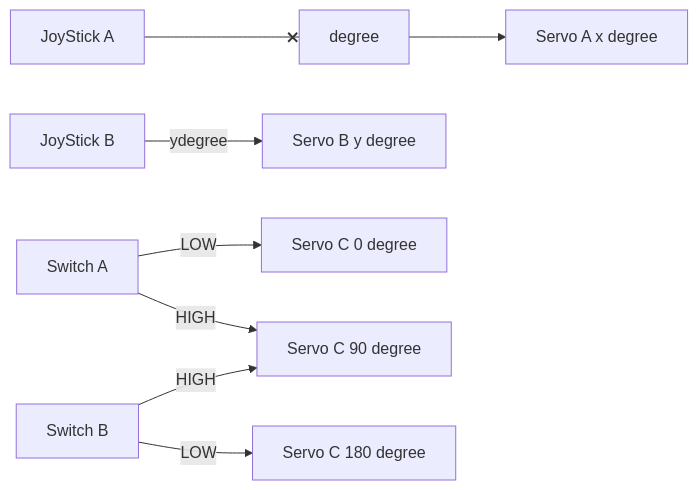
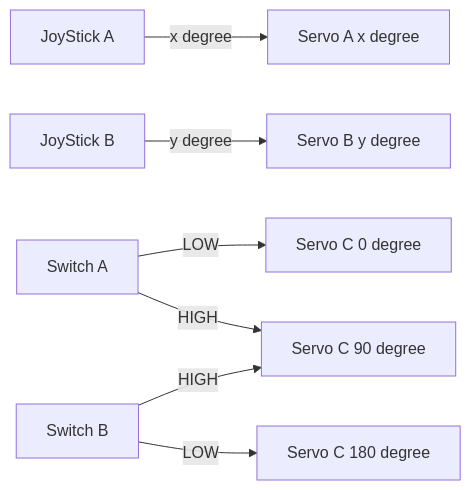
One commit to hmjn023/problem_solve changed the diagram in README.md. Above: the diagram before and after it, drawn with Mermaid.

````diff
--- a/README.md
+++ b/README.md
@@ -7,12 +7,12 @@
 ```mermaid
 flowchart LR
 
-A[JoyStick A] --xdegree--> B[Servo A x degree]
-C[JoyStick B] --ydegree--> D[Servo B y degree]
+A[JoyStick A] -- x degree --> B[Servo A x degree]
+C[JoyStick B] -- y degree --> D[Servo B y degree]
 
-E[Switch A] --LOW--> F[Servo C 0 degree] 
-E --HIGH--> G[Servo C 90 degree]
+E[Switch A] -- LOW --> F[Servo C 0 degree] 
+E -- HIGH --> G[Servo C 90 degree]
 
-H[Switch B] --LOW--> I[Servo C 180 degree]
-H --HIGH--> G
+H[Switch B] -- LOW --> I[Servo C 180 degree]
+H -- HIGH --> G
 ```
````
